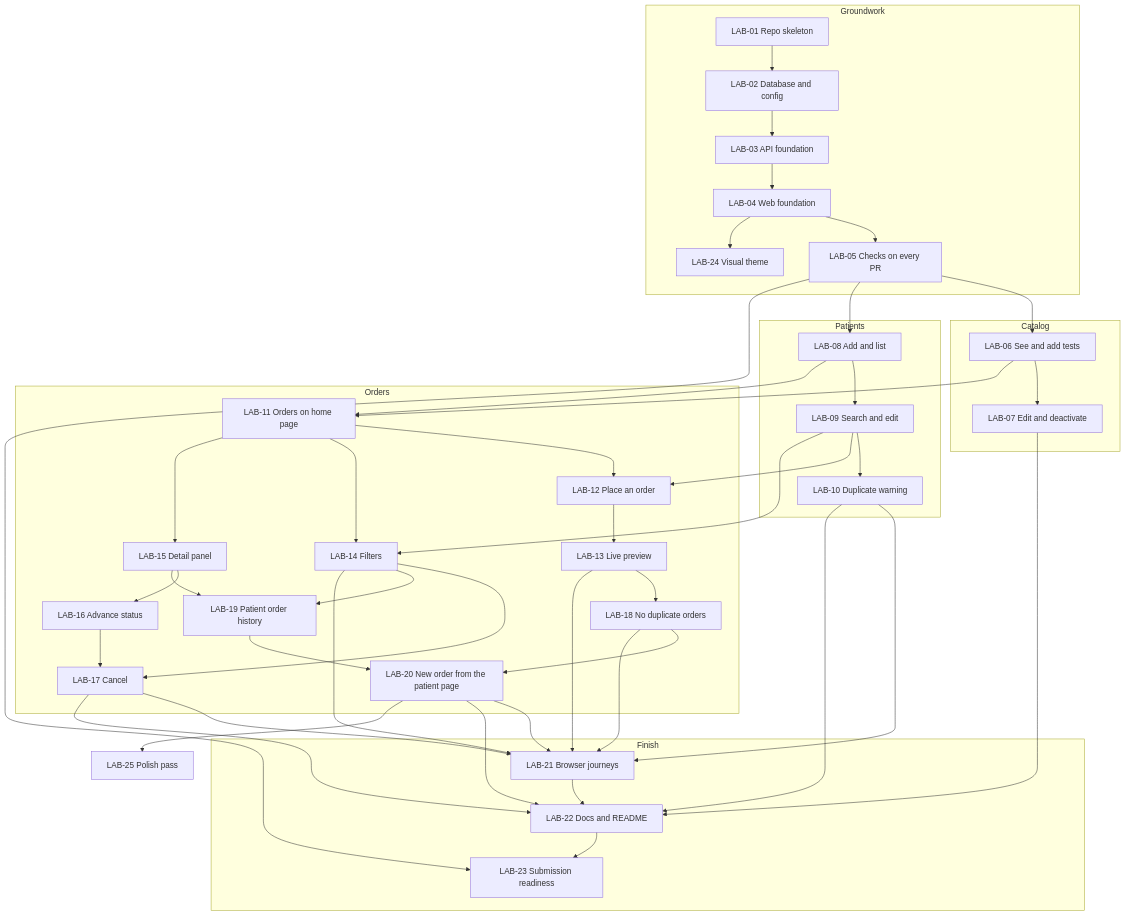
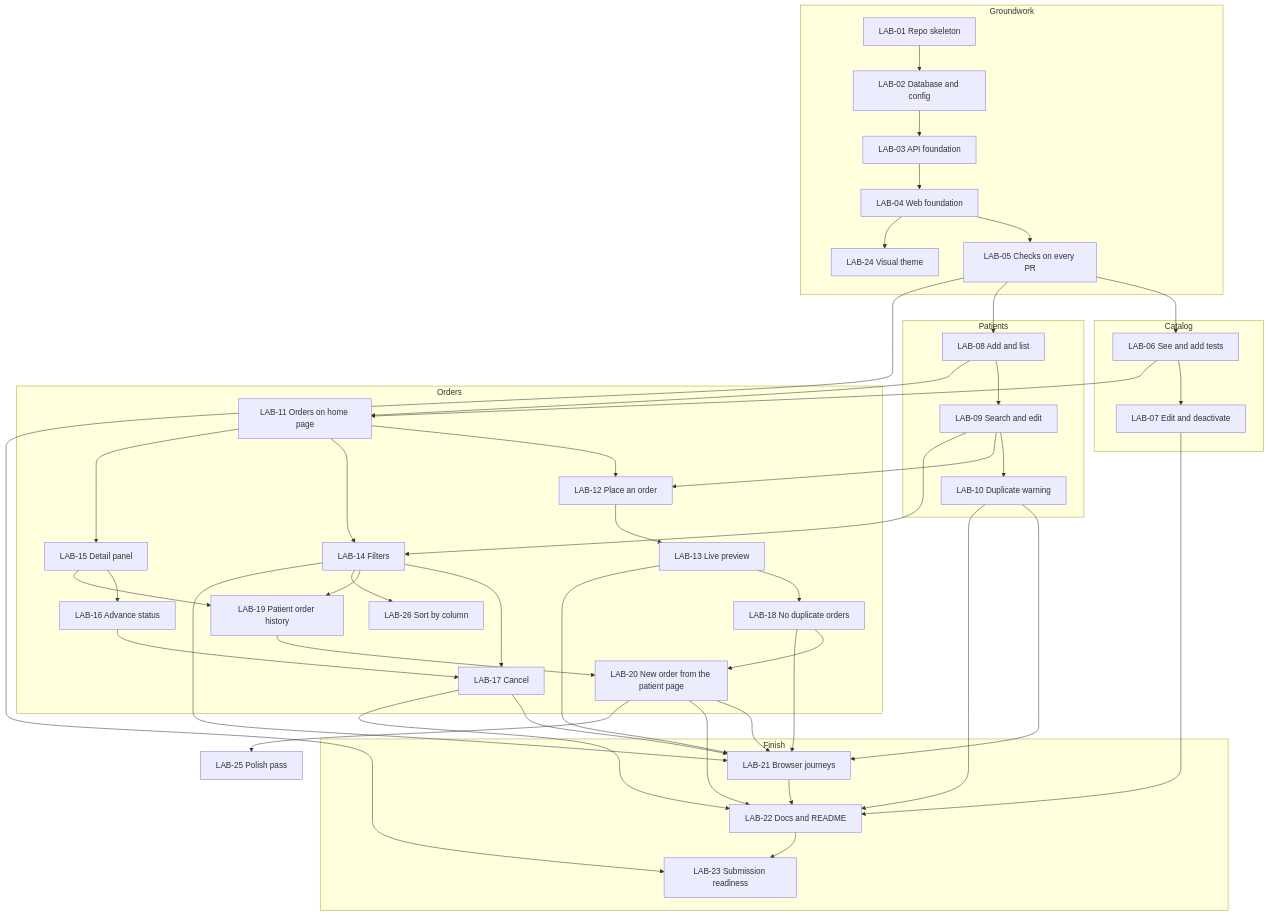
Before and after one commit to spencerolsen/eh-lab-orders-lite: the diagram in docs/plan/README.md, drawn with Mermaid. The commit also changed other lines of this file and 8 other files, not shown here.

````diff
--- a/docs/plan/README.md
+++ b/docs/plan/README.md
@@ -74,58 +75,59 @@
 ```mermaid
 flowchart TD
   subgraph Groundwork
     L01[LAB-01 Repo skeleton] --> L02[LAB-02 Database and config]
     L02 --> L03[LAB-03 API foundation]
     L03 --> L04[LAB-04 Web foundation]
     L04 --> L05[LAB-05 Checks on every PR]
     L04 --> L24[LAB-24 Visual theme]
   end
 
   subgraph Catalog
     L06[LAB-06 See and add tests] --> L07[LAB-07 Edit and deactivate]
   end
 
   subgraph Patients
     L08[LAB-08 Add and list] --> L09[LAB-09 Search and edit]
     L09 --> L10[LAB-10 Duplicate warning]
   end
 
   subgraph Orders
     L11[LAB-11 Orders on home page] --> L12[LAB-12 Place an order]
     L12 --> L13[LAB-13 Live preview]
     L13 --> L18[LAB-18 No duplicate orders]
     L11 --> L14[LAB-14 Filters]
     L11 --> L15[LAB-15 Detail panel]
     L15 --> L16[LAB-16 Advance status]
     L16 --> L17[LAB-17 Cancel]
     L14 --> L17
     L14 --> L19[LAB-19 Patient order history]
     L15 --> L19
+    L14 --> L26[LAB-26 Sort by column]
     L18 --> L20[LAB-20 New order from the patient page]
     L19 --> L20
   end
 
   subgraph Finish
     L21[LAB-21 Browser journeys] --> L22[LAB-22 Docs and README]
     L22 --> L23[LAB-23 Submission readiness]
   end
 
   L05 --> L06
   L05 --> L08
   L06 --> L11
   L08 --> L11
   L09 --> L12
   L09 --> L14
   L10 --> L21
   L13 --> L21
   L14 --> L21
   L17 --> L21
   L18 --> L21
   L20 --> L21
   L07 --> L22
   L10 --> L22
   L17 --> L22
   L20 --> L22
   L05 --> L23
   L20 --> L25[LAB-25 Polish pass]
 ```
````
